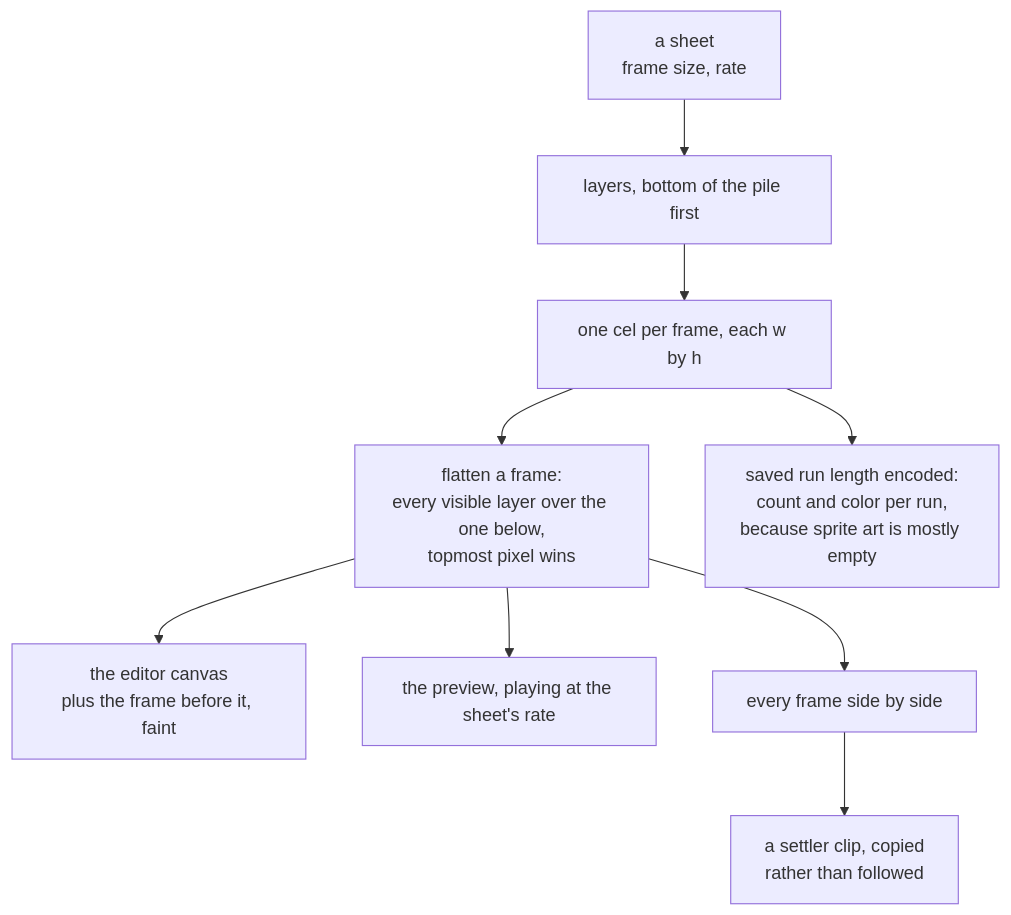
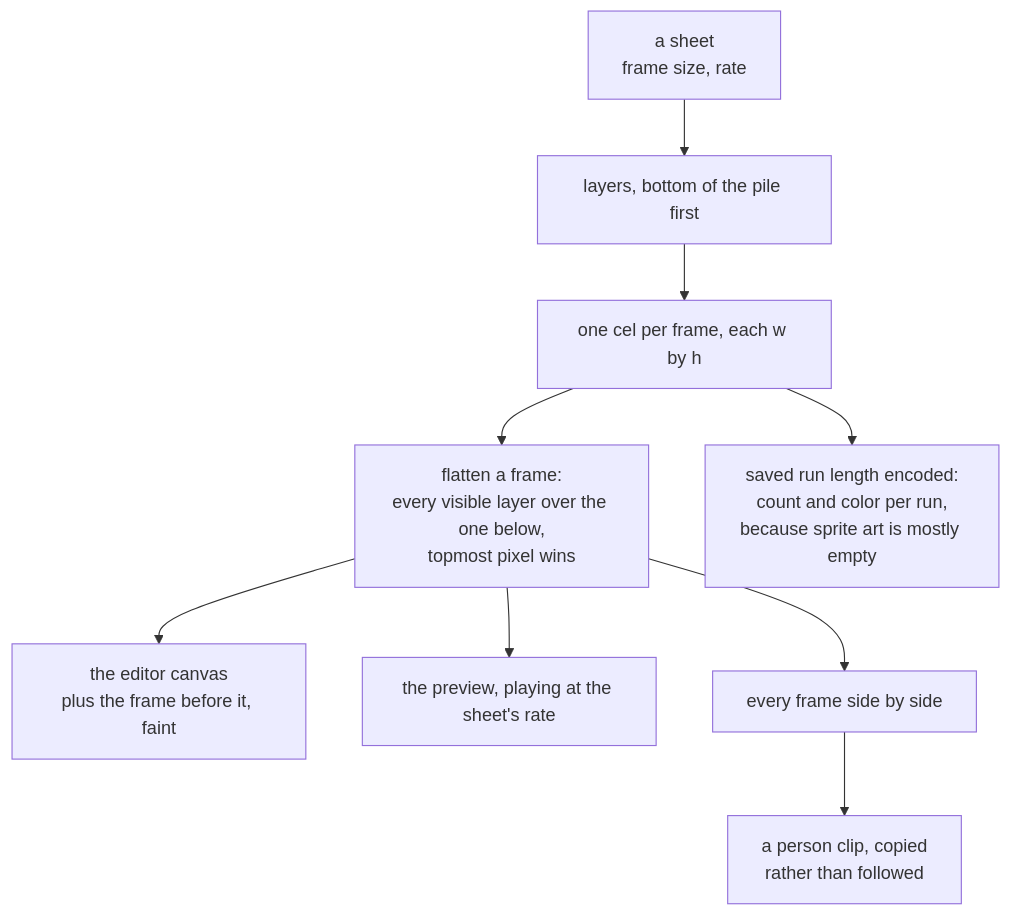
Before and after one commit to tmpk13/grow: diagram 40 of 47 in ARCHITECTURE.md, drawn with Mermaid. The commit also changed other lines of this file and 58 other files, not shown here.

````diff
--- a/ARCHITECTURE.md
+++ b/ARCHITECTURE.md
@@ -1616,11 +1616,11 @@
 ```mermaid
 flowchart TD
   sheet["a sheet<br/>frame size, rate"] --> layers["layers, bottom of the pile first"]
   layers --> cels["one cel per frame, each w by h"]
   cels --> flat["flatten a frame:<br/>every visible layer over the one below,<br/>topmost pixel wins"]
   flat --> ed["the editor canvas<br/>plus the frame before it, faint"]
   flat --> prev["the preview, playing at the sheet's rate"]
   flat --> strip["every frame side by side"]
-  strip --> clip["a settler clip, copied<br/>rather than followed"]
+  strip --> clip["a person clip, copied<br/>rather than followed"]
   cels --> rle["saved run length encoded:<br/>count and color per run,<br/>because sprite art is mostly empty"]
 ```
````
